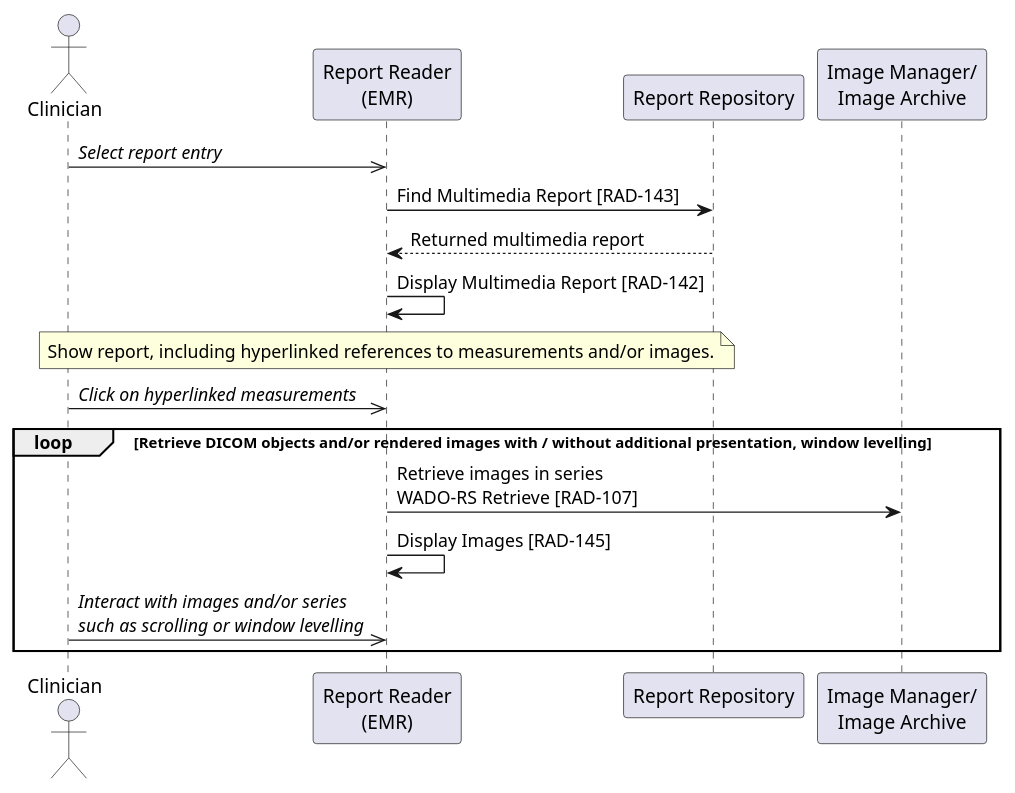
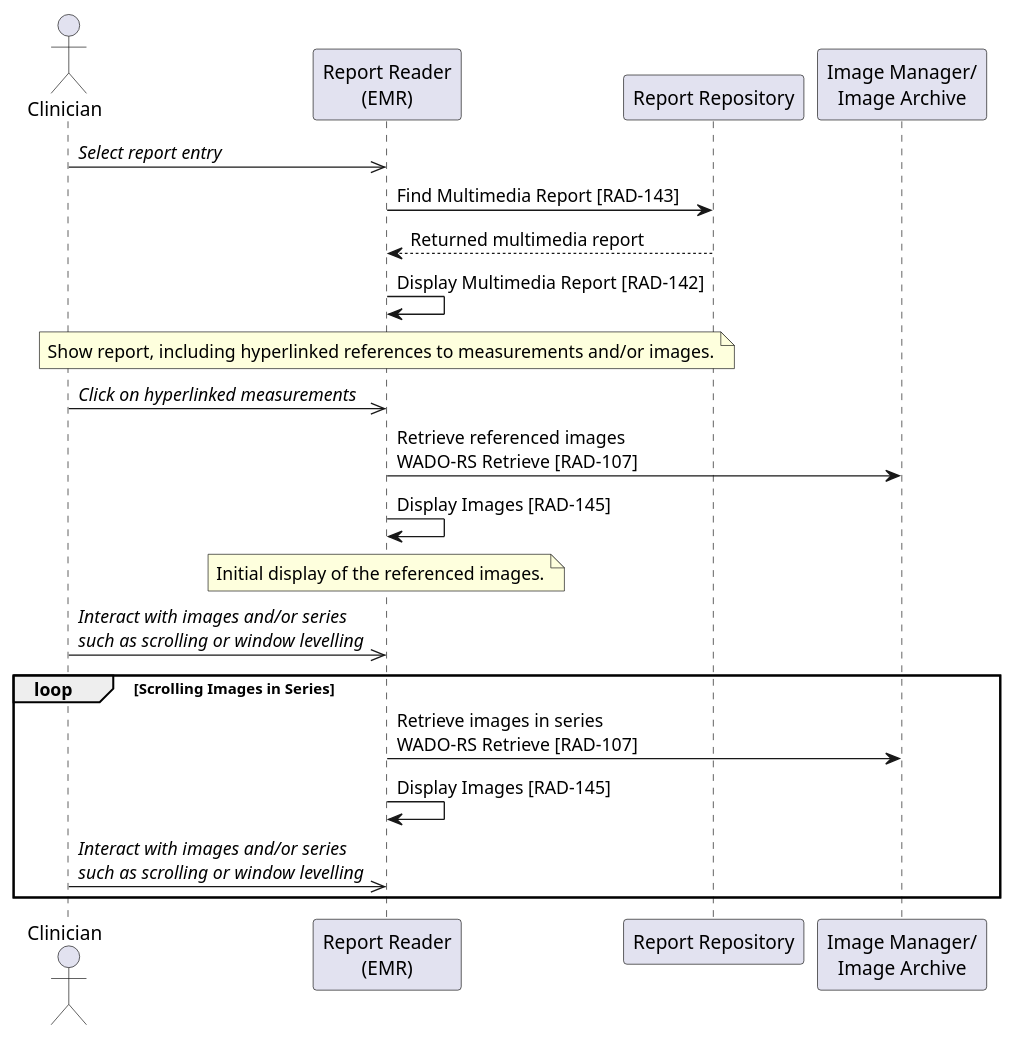
One commit to IHE/RAD.IMR changed the diagram in input/images-source/uc2-presenting-interactive-report-standalone.plantuml. Above: the diagram before and after it, drawn with PlantUML.

Commit message:
Clarify the loop is for scrolling.

```diff
--- a/input/images-source/uc2-presenting-interactive-report-standalone.plantuml
+++ b/input/images-source/uc2-presenting-interactive-report-standalone.plantuml
@@ -1,28 +1,36 @@
 @startuml
 
 actor Clinician as Clinician
 
 participant "Report Reader\n(EMR)" as Reader
 participant "Report Repository" as Repo
 
 participant "Image Manager/\nImage Archive" as Archive
 
 Clinician->>Reader: //Select report entry//
 
 Reader->Repo: Find Multimedia Report [RAD-143]
 Repo-->Reader: Returned multimedia report
 Reader->Reader: Display Multimedia Report [RAD-142]
 note over Reader
 Show report, including hyperlinked references to measurements and/or images.
 end note
 
 Clinician->>Reader: //Click on hyperlinked measurements//
 
-loop Retrieve DICOM objects and/or rendered images with / without additional presentation, window levelling
+Reader->Archive: Retrieve referenced images\nWADO-RS Retrieve [RAD-107]
+Reader->Reader: Display Images [RAD-145]
+note over Reader
+Initial display of the referenced images.
+end note
+
+Clinician->>Reader: //Interact with images and/or series//\n//such as scrolling or window levelling//
+
+loop Scrolling Images in Series
 Reader->Archive: Retrieve images in series\nWADO-RS Retrieve [RAD-107]
 Reader->Reader: Display Images [RAD-145]
 
 Clinician->>Reader: //Interact with images and/or series//\n//such as scrolling or window levelling//
 end loop
 
 @enduml
```
